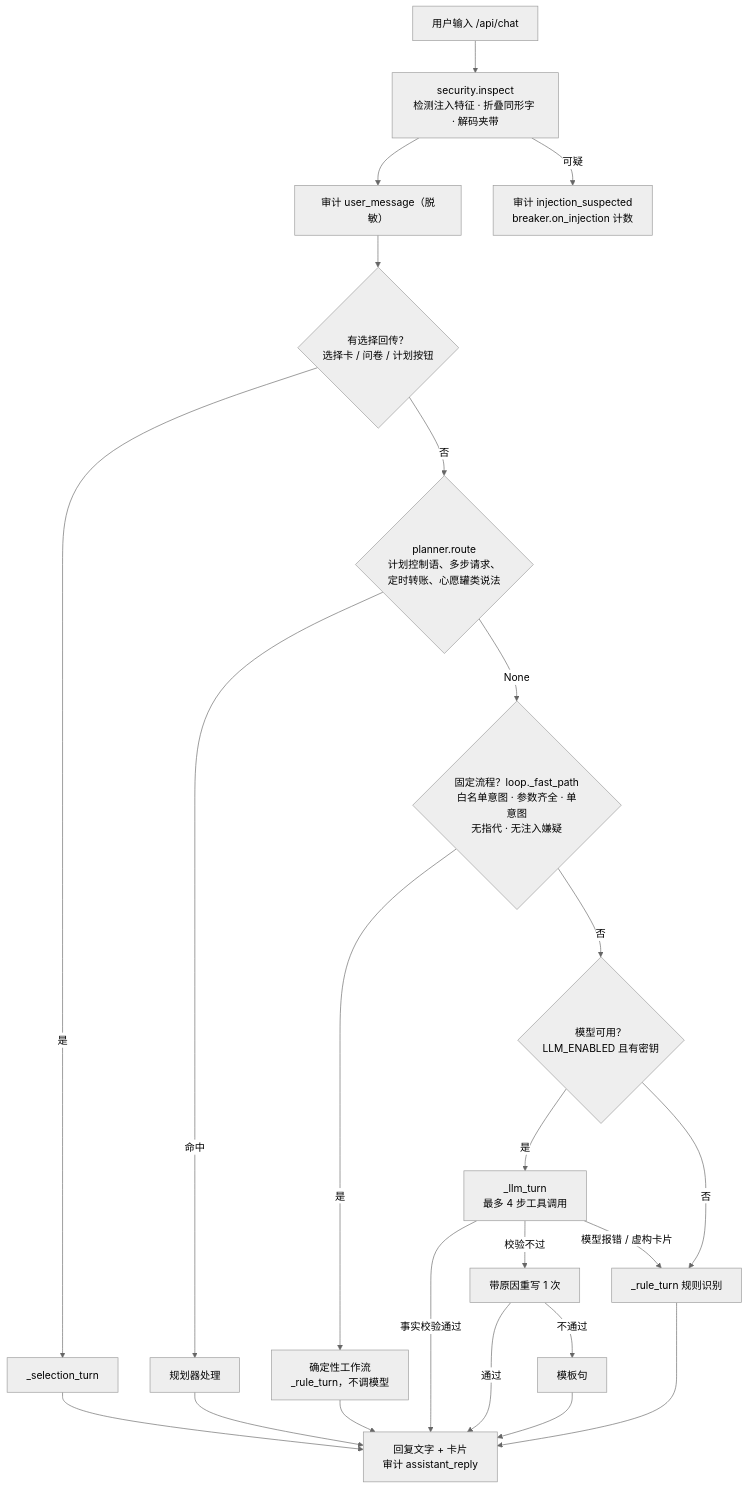
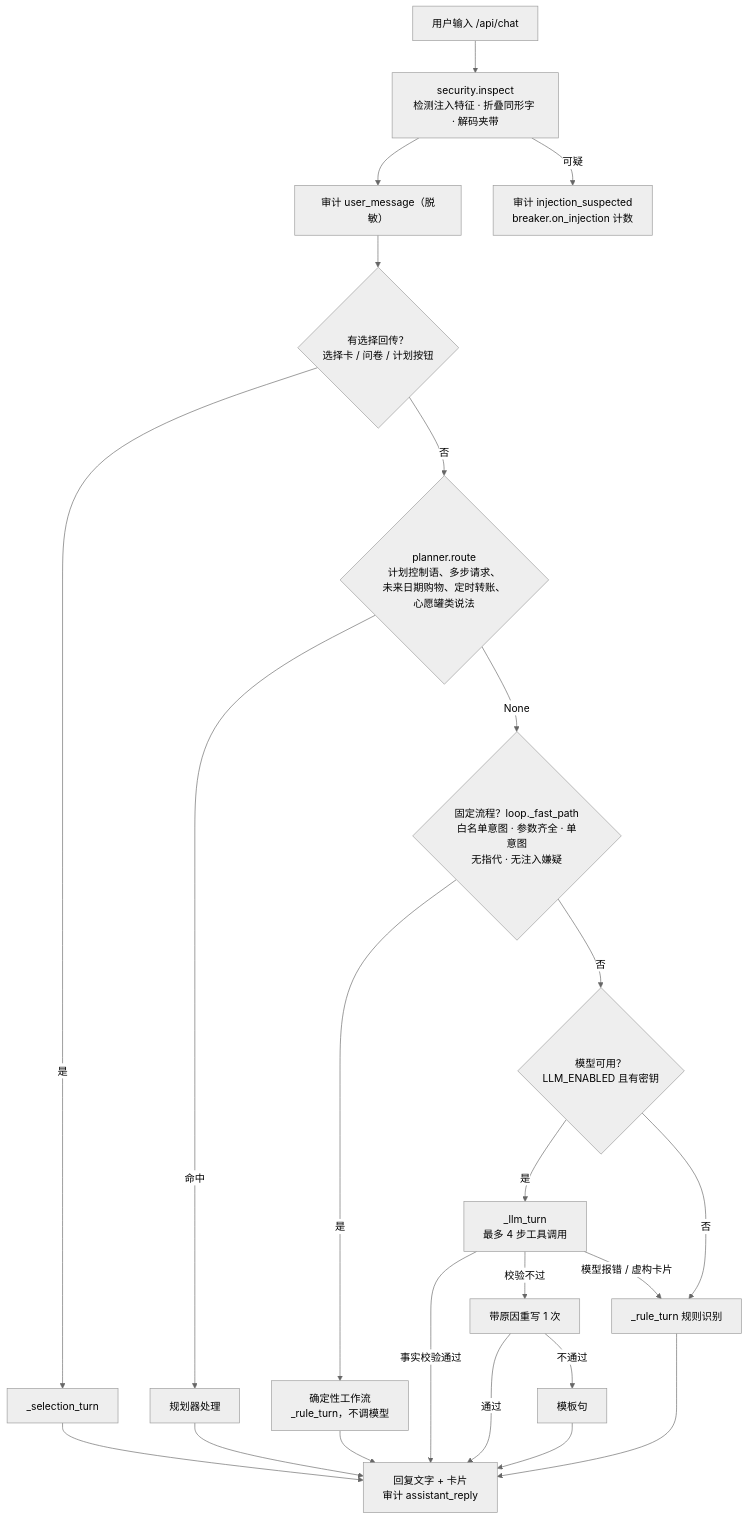
The second of 10 diagrams in docs/07-架构图.md (SuperWheel/saydo-agent), drawn with Mermaid (neutral theme) before and after one commit. The commit also changed other lines of this file and 9 other files, not shown here.

````diff
--- a/docs/07-架构图.md
+++ b/docs/07-架构图.md
@@ -125,21 +125,21 @@
 ```mermaid
 flowchart TD
     IN[用户输入 /api/chat] --> G[security.inspect<br/>检测注入特征 · 折叠同形字 · 解码夹带]
     G --> A1[审计 user_message（脱敏）]
     G -->|可疑| A2[审计 injection_suspected<br/>breaker.on_injection 计数]
     A1 --> S{有选择回传？<br/>选择卡 / 问卷 / 计划按钮}
     S -->|是| SEL[_selection_turn]
-    S -->|否| P{planner.route<br/>计划控制语、多步请求、<br/>定时转账、心愿罐类说法}
+    S -->|否| P{planner.route<br/>计划控制语、多步请求、<br/>未来日期购物、定时转账、心愿罐类说法}
     P -->|命中| PLAN[规划器处理]
     P -->|None| W{固定流程？loop._fast_path<br/>白名单意图 · 参数齐全 · 单意图<br/>无指代 · 无注入嫌疑}
     W -->|是| WF[确定性工作流<br/>_rule_turn，不调模型]
     W -->|否| M{模型可用？<br/>LLM_ENABLED 且有密钥}
     M -->|是| L[_llm_turn<br/>最多 4 步工具调用]
     L -->|事实校验通过| OUT
     L -->|校验不过| RW[带原因重写 1 次]
     RW -->|通过| OUT
     RW -->|不通过| TPL[模板句]
     L -->|模型报错 / 虚构卡片| RULE
     M -->|否| RULE[_rule_turn 规则识别]
     SEL & PLAN & WF & RULE & TPL --> OUT[回复文字 + 卡片<br/>审计 assistant_reply]
 ```
````
